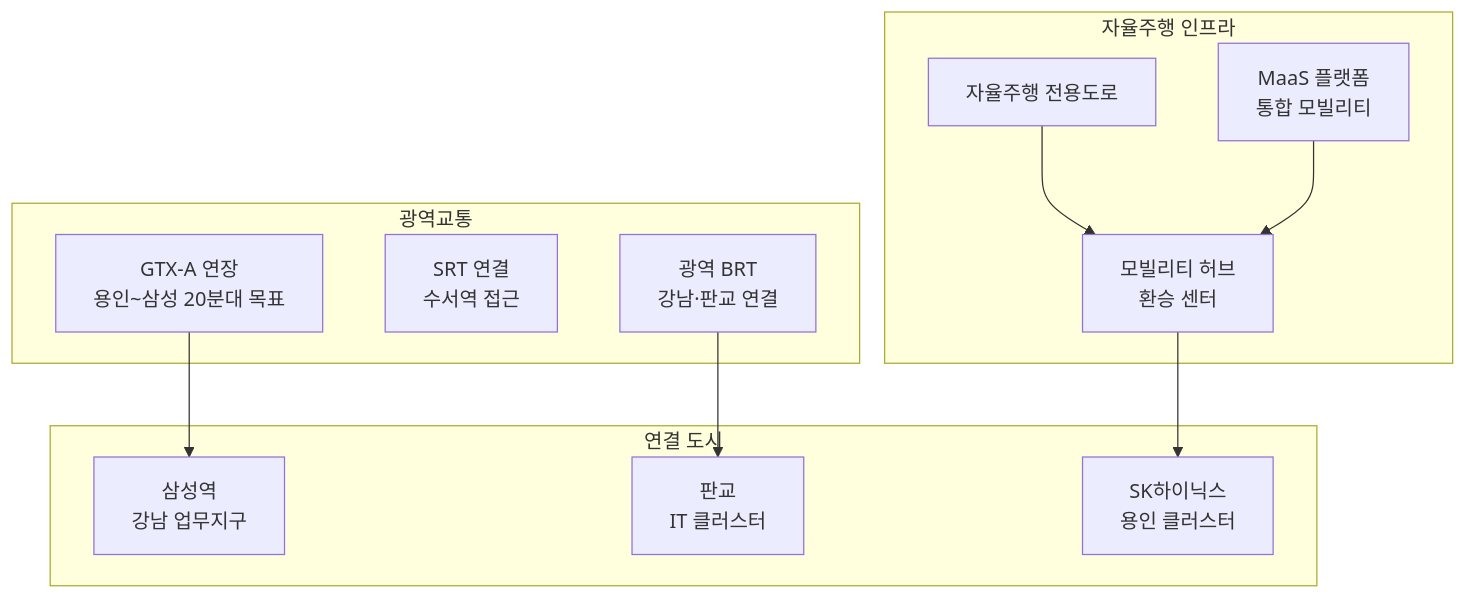
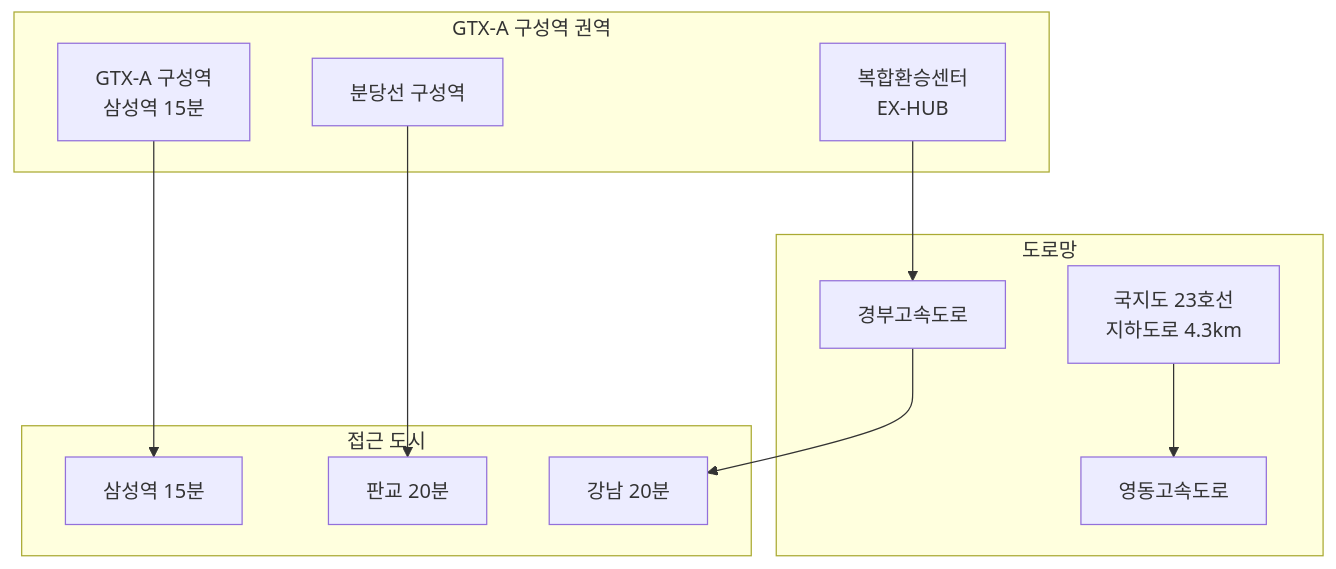
One commit to OkyoKwon/studyNresearch changed the second of 2 diagrams in docs/domains/yongin-platform-city/trends.md. Above: the diagram before and after it, drawn with Mermaid. The commit also changed other lines of this file and 5 other files, not shown here.

````diff
--- a/docs/domains/yongin-platform-city/trends.md
+++ b/docs/domains/yongin-platform-city/trends.md
@@ -35,24 +47,24 @@
 ```mermaid
 graph TD
-    subgraph 광역교통
-        GTX_A[GTX-A 연장<br/>용인~삼성 20분대 목표]
-        SRT[SRT 연결<br/>수서역 접근]
-        BUS[광역 BRT<br/>강남·판교 연결]
+    subgraph GTX-A 구성역 권역
+        GTX[GTX-A 구성역<br/>삼성역 15분]
+        BUNDANG[분당선 구성역]
+        EXHUB["복합환승센터<br/>EX-HUB"]
     end
-    subgraph 자율주행 인프라
-        AUTO[자율주행 전용도로]
-        MAAS[MaaS 플랫폼<br/>통합 모빌리티]
-        HUB[모빌리티 허브<br/>환승 센터]
+    subgraph 도로망
+        GYEONGBU[경부고속도로]
+        YOUNGDONG[영동고속도로]
+        LOCAL["국지도 23호선<br/>지하도로 4.3km"]
     end
-    subgraph 연결 도시
-        SAMSUNG[삼성역<br/>강남 업무지구]
-        PANGYO[판교<br/>IT 클러스터]
-        HYNIX[SK하이닉스<br/>용인 클러스터]
+    subgraph 접근 도시
+        SAMSUNG[삼성역 15분]
+        PANGYO[판교 20분]
+        GANGNAM[강남 20분]
     end
 
-    GTX_A --> SAMSUNG
-    BUS --> PANGYO
-    AUTO --> HUB
-    MAAS --> HUB
-    HUB --> HYNIX
+    GTX --> SAMSUNG
+    BUNDANG --> PANGYO
+    EXHUB --> GYEONGBU
+    GYEONGBU --> GANGNAM
+    LOCAL --> YOUNGDONG
 ```
````
